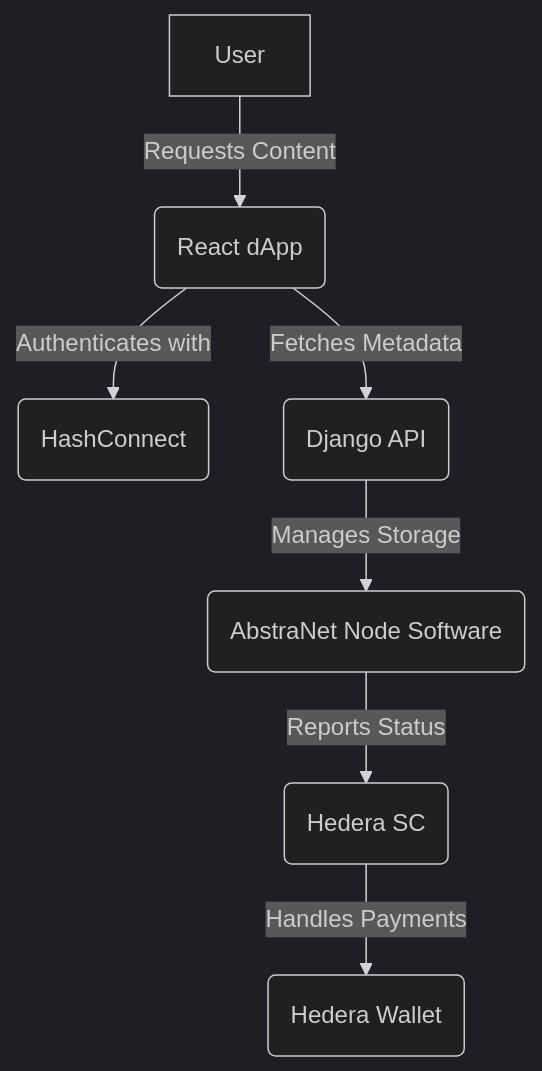
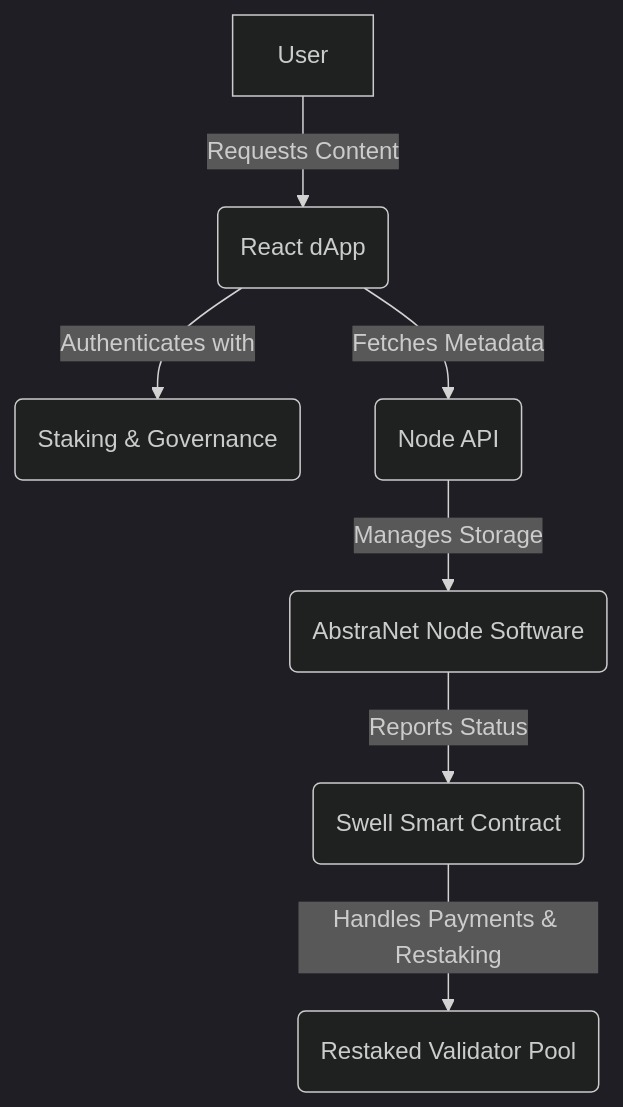
One commit to mtcxdev/AbstraNet changed the diagram in README.md. Above: the diagram before and after it, drawn with Mermaid (dark theme). The commit also changed other lines of this file, not shown here.

````diff
--- a/README.md
+++ b/README.md
@@ -47,9 +45,9 @@
 ```mermaid
 graph TD;
     User -->|Requests Content| Frontend(React dApp)
-    Frontend -->|Authenticates with| Hedera(HashConnect)
-    Frontend -->|Fetches Metadata| Backend(Django API)
+    Frontend -->|Authenticates with| Swellchain(Staking & Governance)
+    Frontend -->|Fetches Metadata| Backend(Node API)
     Backend -->|Manages Storage| Node(AbstraNet Node Software)
-    Node -->|Reports Status| SmartContract(Hedera SC)
-    SmartContract -->|Handles Payments| Wallet(Hedera Wallet)
+    Node -->|Reports Status| SmartContract(Swell Smart Contract)
+    SmartContract -->|Handles Payments & Restaking| Validator(Restaked Validator Pool)
 ```  
````
